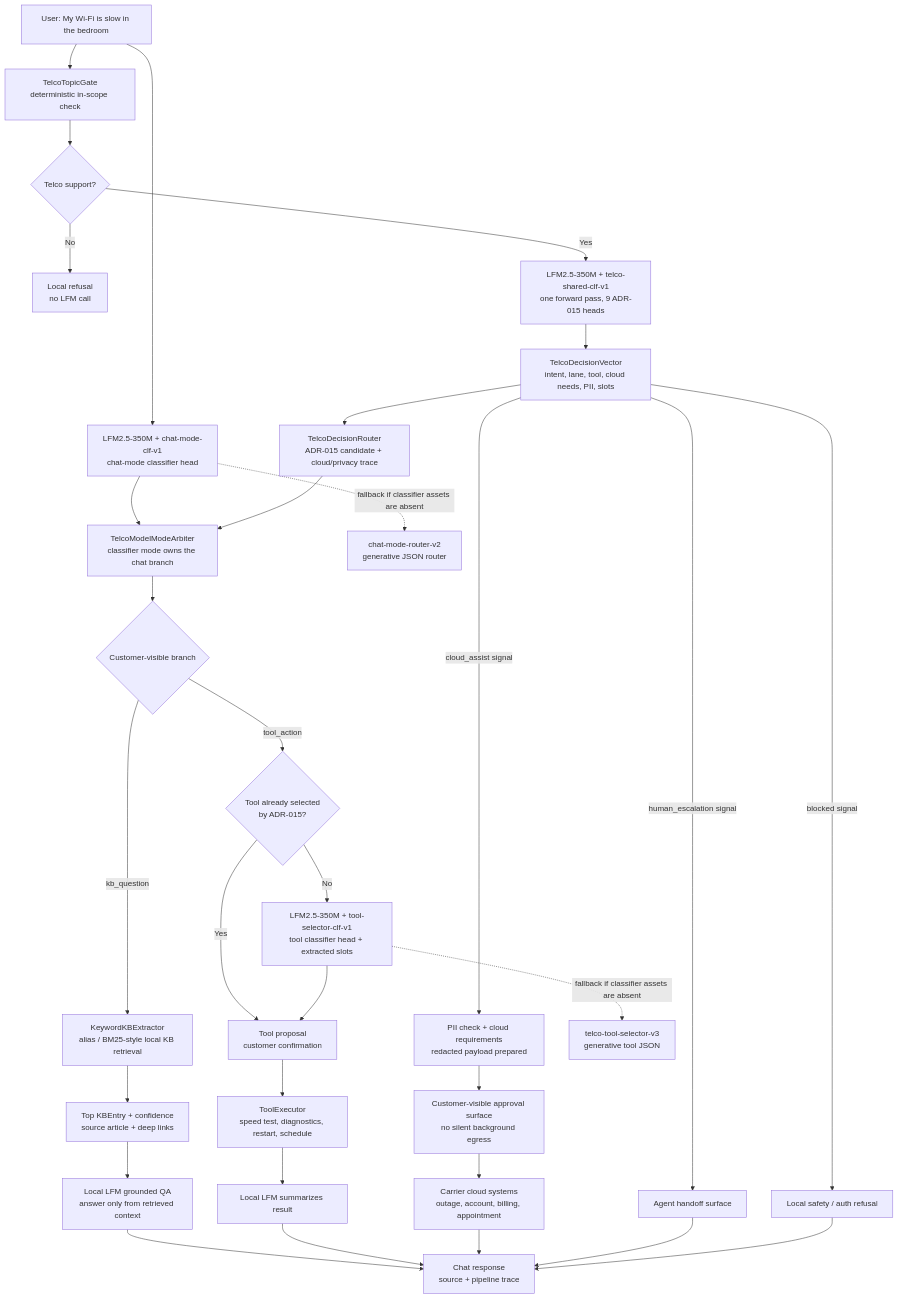
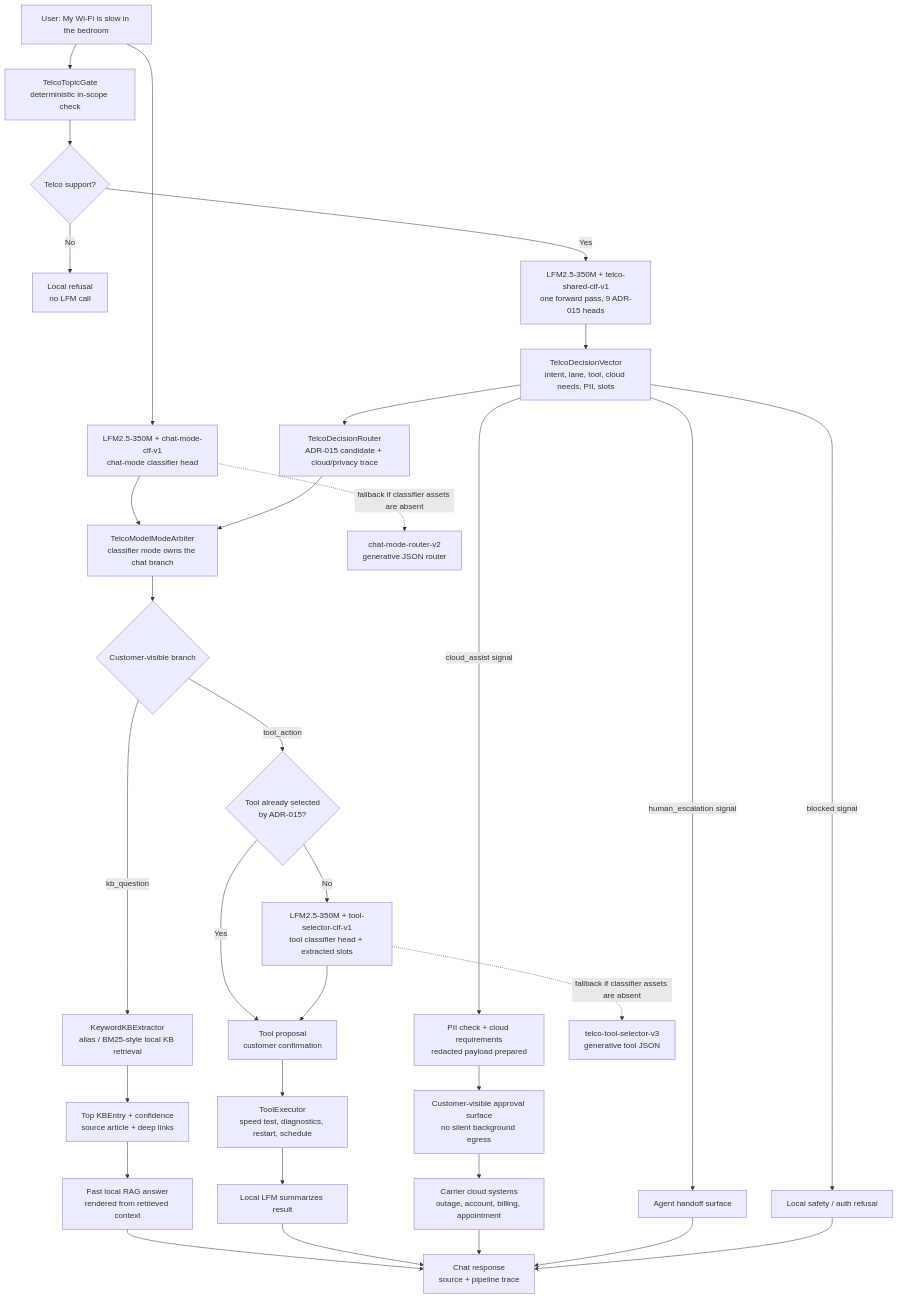
One commit to Liquid4All/cookbook changed the diagram in examples/telco-triage-ios/README.md. Above: the diagram before and after it, drawn with Mermaid. The commit also changed other lines of this file and 17 other files, not shown here.

````diff
--- a/examples/telco-triage-ios/README.md
+++ b/examples/telco-triage-ios/README.md
@@ -44,40 +44,40 @@
 ```mermaid
 flowchart TD
     Q["User: My Wi-Fi is slow in the bedroom"] --> TG["TelcoTopicGate<br/>deterministic in-scope check"]
     TG --> Scope{"Telco support?"}
     Scope -- "No" --> Refuse["Local refusal<br/>no LFM call"]
     Scope -- "Yes" --> Heads["LFM2.5-350M + telco-shared-clf-v1<br/>one forward pass, 9 ADR-015 heads"]
 
     Q --> Mode["LFM2.5-350M + chat-mode-clf-v1<br/>chat-mode classifier head"]
     Heads --> Vector["TelcoDecisionVector<br/>intent, lane, tool, cloud needs, PII, slots"]
     Vector --> Candidate["TelcoDecisionRouter<br/>ADR-015 candidate + cloud/privacy trace"]
     Mode --> Arbiter["TelcoModelModeArbiter<br/>classifier mode owns the chat branch"]
     Candidate --> Arbiter
     Arbiter --> Lane{"Customer-visible branch"}
 
     Lane -- "kb_question" --> KB["KeywordKBExtractor<br/>alias / BM25-style local KB retrieval"]
     KB --> Entry["Top KBEntry + confidence<br/>source article + deep links"]
-    Entry --> Grounded["Local LFM grounded QA<br/>answer only from retrieved context"]
+    Entry --> Grounded["Fast local RAG answer<br/>rendered from retrieved context"]
     Grounded --> UI["Chat response<br/>source + pipeline trace"]
 
     Lane -- "tool_action" --> Selector{"Tool already selected<br/>by ADR-015?"}
     Selector -- "Yes" --> Proposal["Tool proposal<br/>customer confirmation"]
     Selector -- "No" --> ToolHead["LFM2.5-350M + tool-selector-clf-v1<br/>tool classifier head + extracted slots"]
     ToolHead --> Proposal
     Proposal --> Tool["ToolExecutor<br/>speed test, diagnostics, restart, schedule"]
     Tool --> Summary["Local LFM summarizes result"]
     Summary --> UI
 
     Vector -- "cloud_assist signal" --> Payload["PII check + cloud requirements<br/>redacted payload prepared"]
     Payload --> Approval["Customer-visible approval surface<br/>no silent background egress"]
     Approval --> Cloud["Carrier cloud systems<br/>outage, account, billing, appointment"]
     Cloud --> UI
 
     Vector -- "human_escalation signal" --> Agent["Agent handoff surface"]
     Agent --> UI
     Vector -- "blocked signal" --> Block["Local safety / auth refusal"]
     Block --> UI
 
     Mode -. "fallback if classifier assets are absent" .-> GenMode["chat-mode-router-v2<br/>generative JSON router"]
     ToolHead -. "fallback if classifier assets are absent" .-> GenTool["telco-tool-selector-v3<br/>generative tool JSON"]
 ```
````
